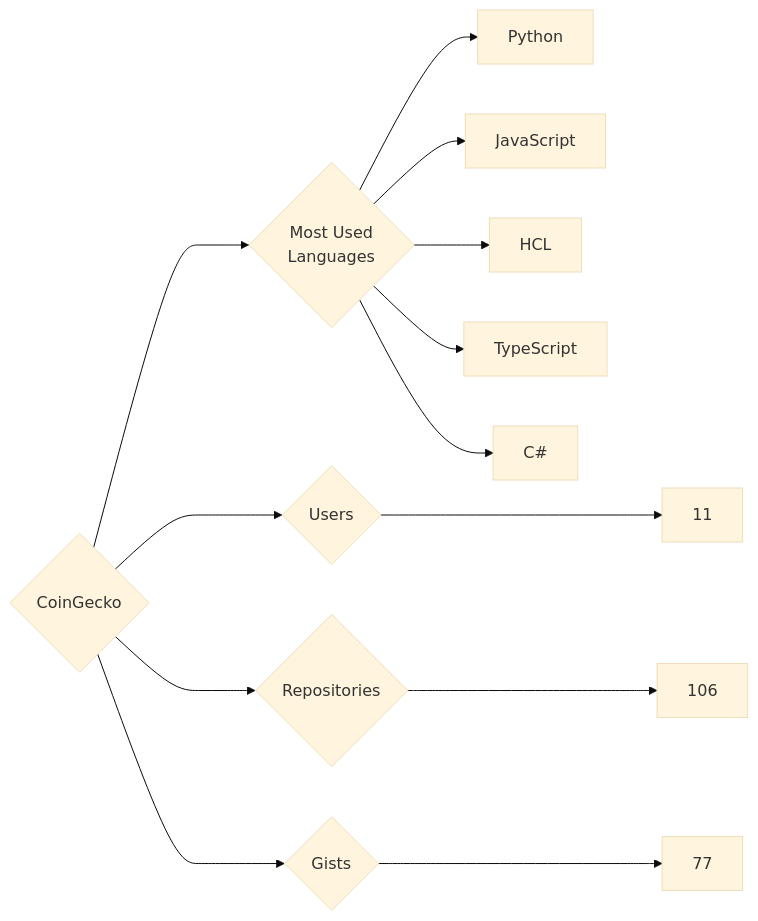
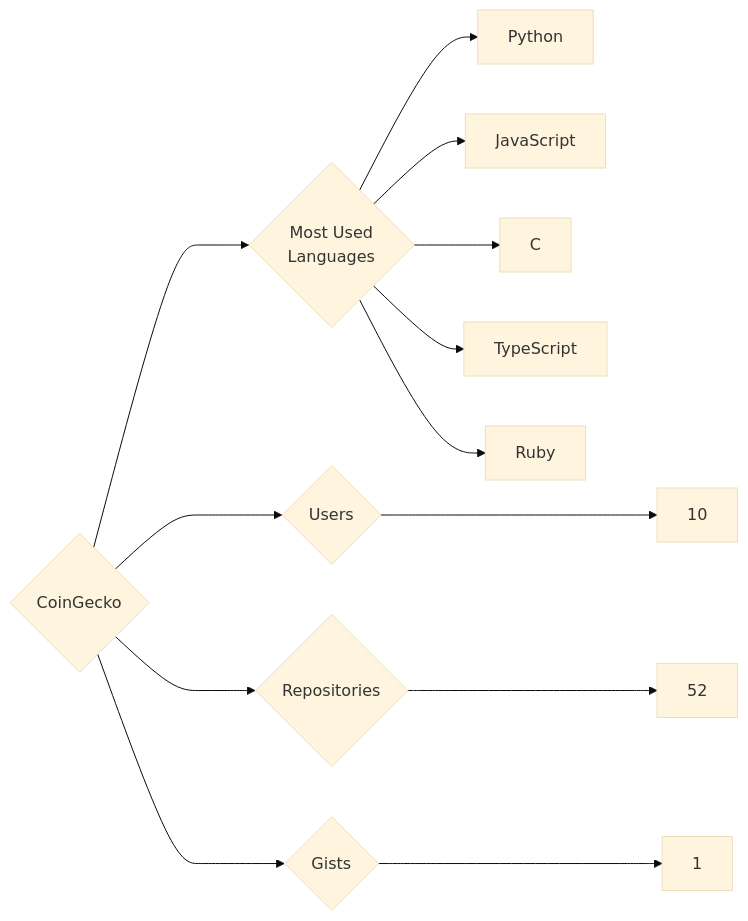
One commit to trickest/insiders changed the diagram in targets/CoinGecko/README.md. Above: the diagram before and after it, drawn with Mermaid (base theme). The commit also changed 618 other files, not shown here.

````diff
--- a/targets/CoinGecko/README.md
+++ b/targets/CoinGecko/README.md
@@ -3,13 +3,13 @@
 ```mermaid
 graph LR
 COMPANY_NAME{CoinGecko}
-COMPANY_NAME ---> U{Users} ---> UN[11]
-COMPANY_NAME ---> R{Repositories} ---> RN[106]
-COMPANY_NAME ---> G{Gists} ---> GN[77]
+COMPANY_NAME ---> U{Users} ---> UN[10]
+COMPANY_NAME ---> R{Repositories} ---> RN[52]
+COMPANY_NAME ---> G{Gists} ---> GN[1]
 COMPANY_NAME ---> ML{Most Used<br>Languages}
 ML --> Python[Python]
 ML --> JavaScript[JavaScript]
-ML --> HCL[HCL]
+ML --> C[C]
 ML --> TypeScript[TypeScript]
-ML --> C#[C#]
+ML --> Ruby[Ruby]
 ```
````
